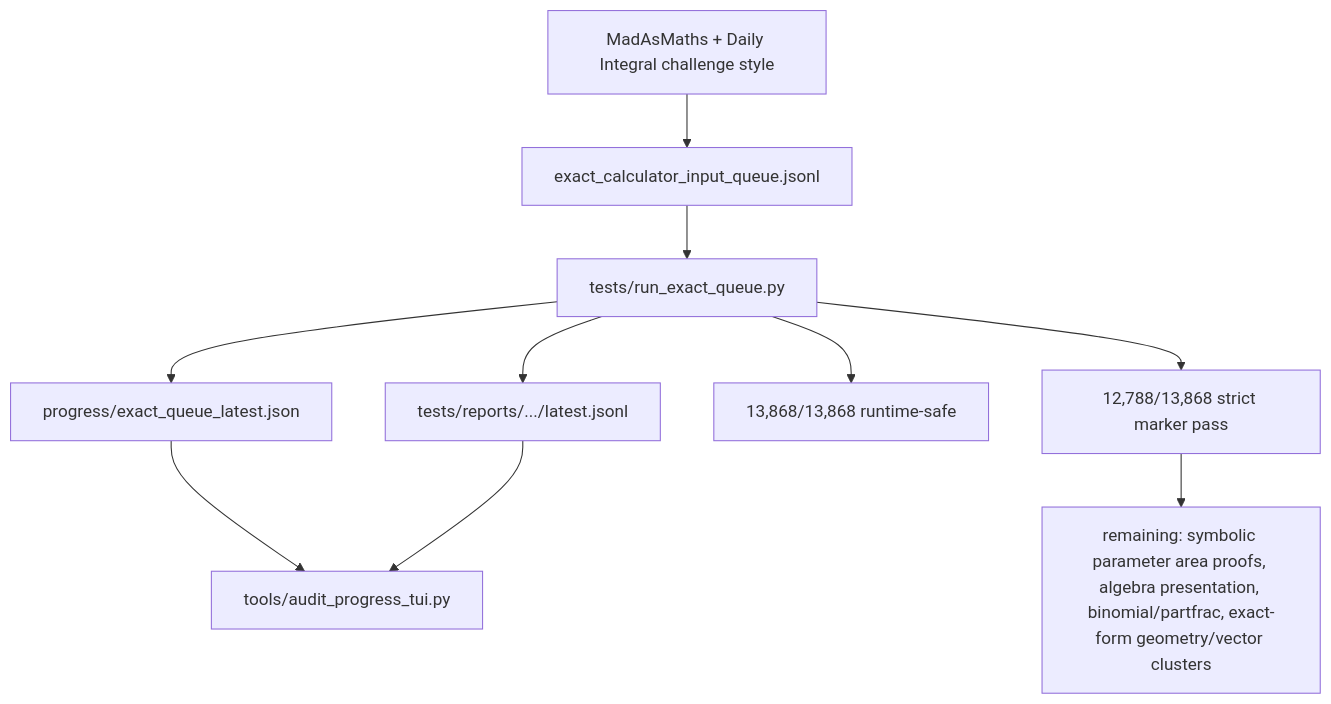
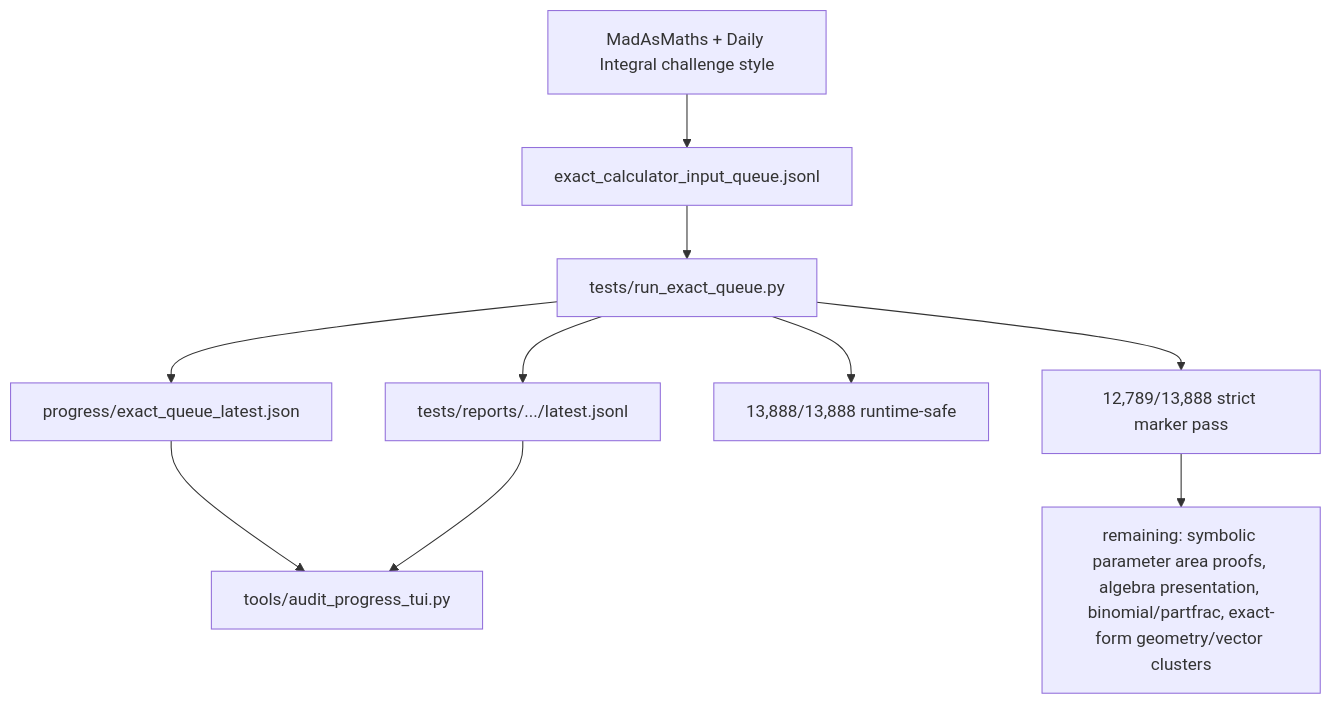
One commit to james8464/notes-addin-casio-fx-cg50 changed the fifth of 6 diagrams in docs/GRAPH.md. Above: the diagram before and after it, drawn with Mermaid. The commit also changed 2 other files, not shown here.

Commit message:
docs: refresh queue audit status

````diff
--- a/docs/GRAPH.md
+++ b/docs/GRAPH.md
@@ -58,12 +58,12 @@
 ```mermaid
 graph TD
   Online["MadAsMaths + Daily Integral challenge style"] --> Queue["exact_calculator_input_queue.jsonl"]
   Queue --> Runner["tests/run_exact_queue.py"]
   Runner --> Live["progress/exact_queue_latest.json"]
   Runner --> Report["tests/reports/.../latest.jsonl"]
   Live --> TUI["tools/audit_progress_tui.py"]
   Report --> TUI
-  Runner --> Runtime["13,868/13,868 runtime-safe"]
-  Runner --> Strict["12,788/13,868 strict marker pass"]
+  Runner --> Runtime["13,888/13,888 runtime-safe"]
+  Runner --> Strict["12,789/13,888 strict marker pass"]
   Strict --> Remaining["remaining: symbolic parameter area proofs, algebra presentation, binomial/partfrac, exact-form geometry/vector clusters"]
 ```
````
